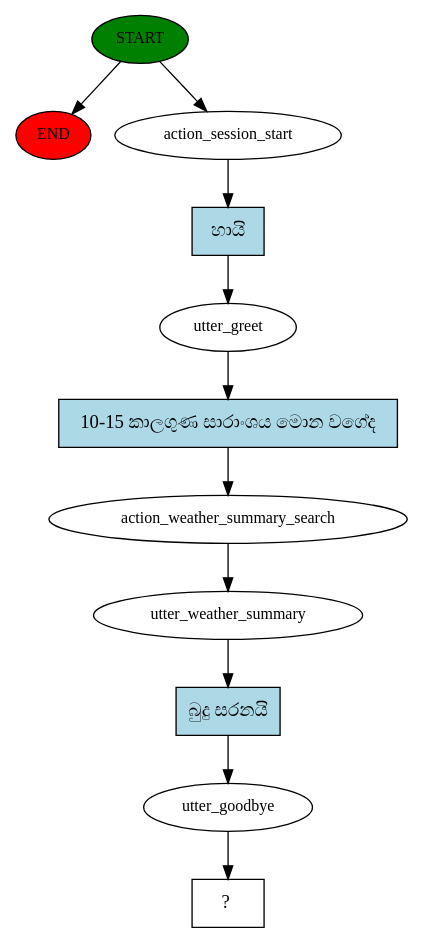
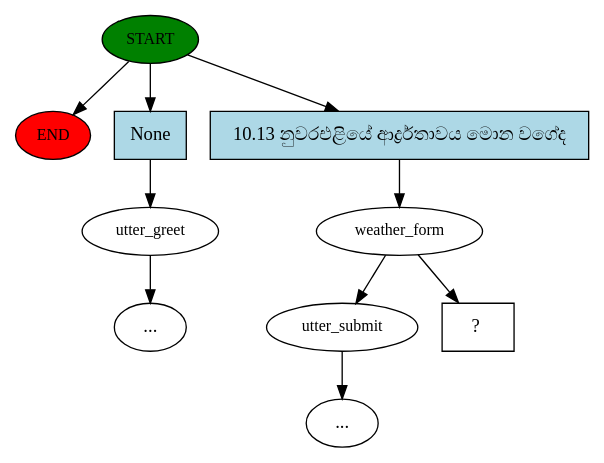
Before and after one commit to vimuth97/sinhala-weather-chatbot: the diagram in story_graph.dot, drawn with Graphviz. The commit also changed 4 other files, not shown here.

```diff
--- a/story_graph.dot
+++ b/story_graph.dot
@@ -1,23 +1,21 @@
 digraph  {
 0 [class="start active", fillcolor=green, fontsize=12, label=START, style=filled];
 "-1" [class=end, fillcolor=red, fontsize=12, label=END, style=filled];
-1 [class=active, fontsize=12, label=action_session_start];
-2 [class=active, fontsize=12, label=utter_greet];
-3 [class=active, fontsize=12, label=action_weather_summary_search];
-4 [class=active, fontsize=12, label=utter_weather_summary];
-5 [class=active, fontsize=12, label=utter_goodbye];
+1 [class="", fontsize=12, label=utter_greet];
+2 [class=active, fontsize=12, label=weather_form];
+3 [class="", fontsize=12, label=utter_submit];
+"-4" [class=ellipsis, label="..."];
+"-5" [class=ellipsis, label="..."];
 6 [class="intent dashed active", label="  ?  ", shape=rect];
-7 [class="intent active", fillcolor=lightblue, label="හායි", shape=rect, style=filled];
-8 [class="intent active", fillcolor=lightblue, label="10-15 කාලගුණ සාරාංශය මොන වගේද", shape=rect, style=filled];
-9 [class="intent active", fillcolor=lightblue, label="බුදු සරනයි", shape=rect, style=filled];
+7 [class=intent, fillcolor=lightblue, label=None, shape=rect, style=filled];
+8 [class="intent active", fillcolor=lightblue, label="10.13 නුවරඑළියේ ආර්ද්‍රතාවය මොන වගේද", shape=rect, style=filled];
 0 -> "-1"  [class="", key=NONE, label=""];
-0 -> 1  [class=active, key=NONE, label=""];
-1 -> 7  [class=active, key=0];
-2 -> 8  [class=active, key=0];
-3 -> 4  [class=active, key=NONE, label=""];
-4 -> 9  [class=active, key=0];
-5 -> 6  [class=active, key=NONE, label=""];
-7 -> 2  [class=active, key=0];
-8 -> 3  [class=active, key=0];
-9 -> 5  [class=active, key=0];
+0 -> 7  [class="", key=0];
+0 -> 8  [class=active, key=0];
+1 -> "-5"  [class="", key=NONE, label=""];
+2 -> 3  [class="", key=NONE, label=""];
+2 -> 6  [class=active, key=NONE, label=""];
+3 -> "-4"  [class="", key=NONE, label=""];
+7 -> 1  [class="", key=0];
+8 -> 2  [class=active, key=0];
 }
```
